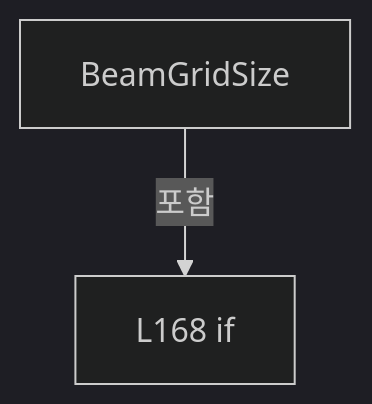
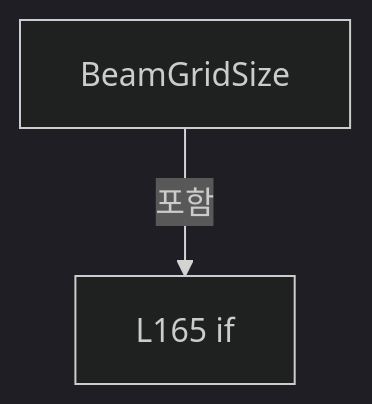
Diagram 11 of 16 in A3 LD Code Ref/files/Drilling.Common/Correction/CDefaultOffsetCalibration.cs.md (kjuws10-rgb/Shared), drawn with Mermaid (dark theme) before and after one commit. The commit also changed other lines of this file and 2071 other files, not shown here.

Commit message:
docs(a3): update 11.19.0 architecture and code reference

````diff
--- a/A3 LD Code Ref/files/Drilling.Common/Correction/CDefaultOffsetCalibration.cs.md
+++ b/A3 LD Code Ref/files/Drilling.Common/Correction/CDefaultOffsetCalibration.cs.md
@@ -1098,6 +1098,6 @@
 ```mermaid
 flowchart TD
  M["BeamGridSize"]
- N0["L168 if"]
+ N0["L165 if"]
  M -->|포함| N0
 ```
````
